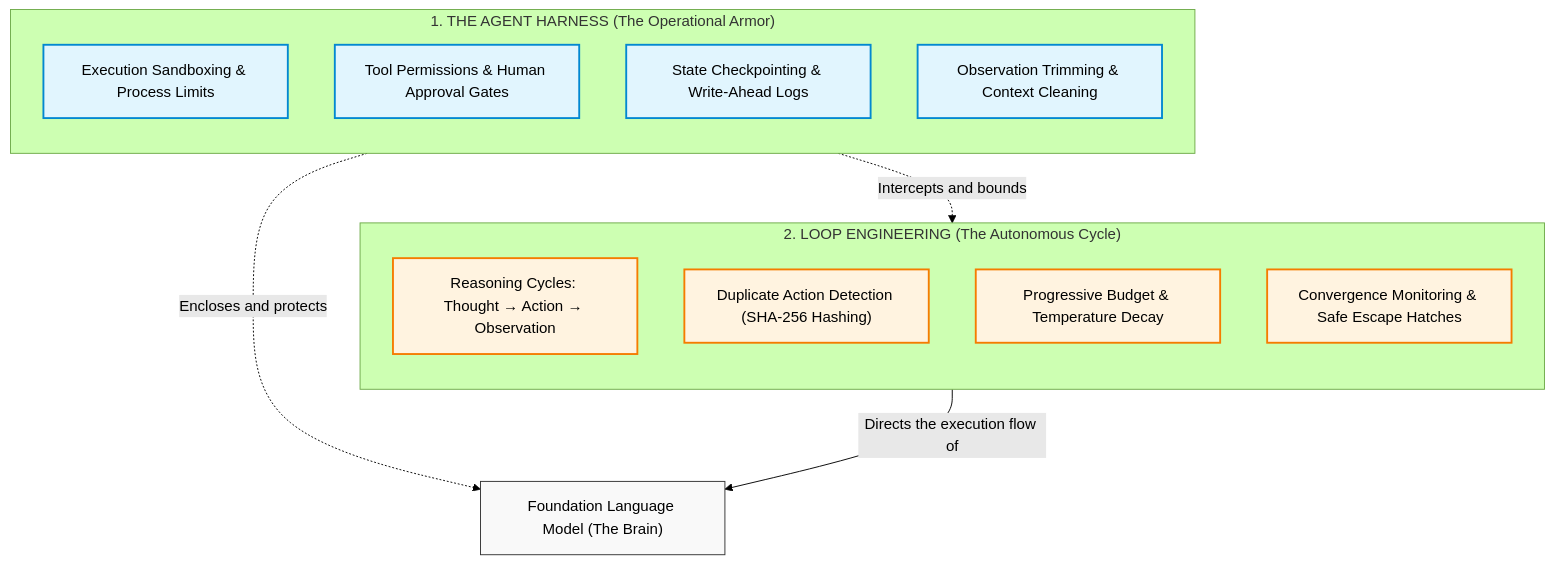
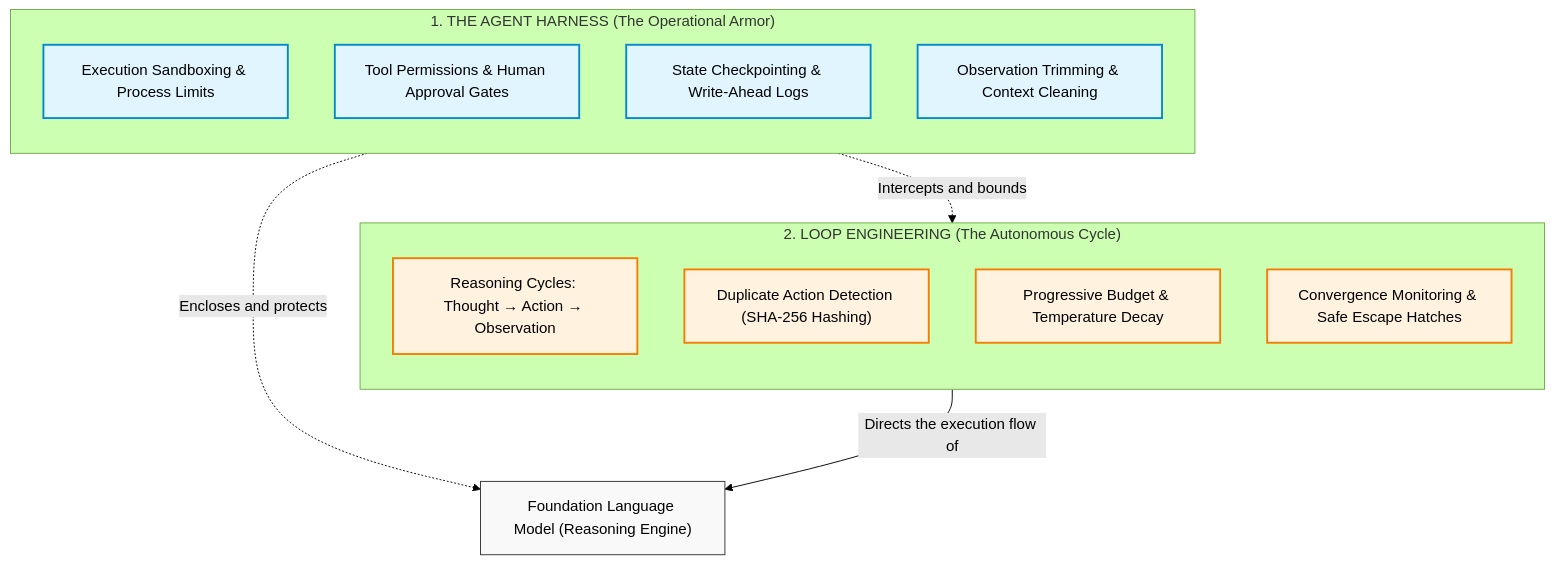
One commit to dip4k/senior-engineer-to-ai-engineer-roadmap changed the first of 4 diagrams in 04-agentic-systems-and-orchestration/02-react-loops-and-execution-governors.md. Above: the diagram before and after it, drawn with Mermaid (forest theme). The commit also changed other lines of this file and 7 other files, not shown here.

````diff
--- a/04-agentic-systems-and-orchestration/02-react-loops-and-execution-governors.md
+++ b/04-agentic-systems-and-orchestration/02-react-loops-and-execution-governors.md
@@ -33,28 +33,28 @@
 ```mermaid
 flowchart TD
     classDef harness fill:#e1f5fe,stroke:#0288d1,stroke-width:2px;
     classDef loop fill:#fff3e0,stroke:#f57c00,stroke-width:2px;
     classDef model fill:#f9f9f9,stroke:#333,stroke-width:1px;
 
     subgraph TheHarness["1. THE AGENT HARNESS (The Operational Armor)"]
         direction TB
         H1["Execution Sandboxing & Process Limits"]:::harness
         H2["Tool Permissions & Human Approval Gates"]:::harness
         H3["State Checkpointing & Write-Ahead Logs"]:::harness
         H4["Observation Trimming & Context Cleaning"]:::harness
     end
 
     subgraph TheLoop["2. LOOP ENGINEERING (The Autonomous Cycle)"]
         direction TB
         L1["Reasoning Cycles: Thought → Action → Observation"]:::loop
         L2["Duplicate Action Detection (SHA-256 Hashing)"]:::loop
         L3["Progressive Budget & Temperature Decay"]:::loop
         L4["Convergence Monitoring & Safe Escape Hatches"]:::loop
     end
 
-    Model["Foundation Language Model (The Brain)"]:::model
+    Model["Foundation Language Model (Reasoning Engine)"]:::model
 
     TheHarness -.->|"Encloses and protects"| Model
     TheLoop -->|"Directs the execution flow of"| Model
     TheHarness -.->|"Intercepts and bounds"| TheLoop
 ```
````
